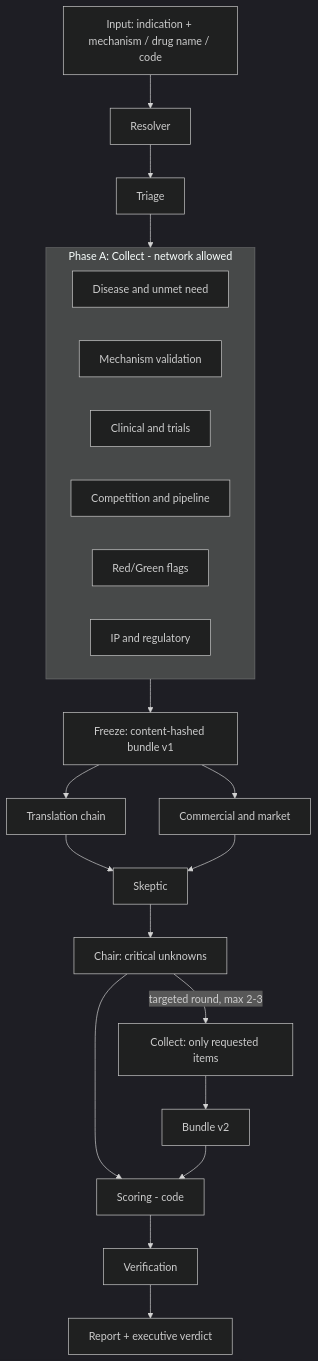
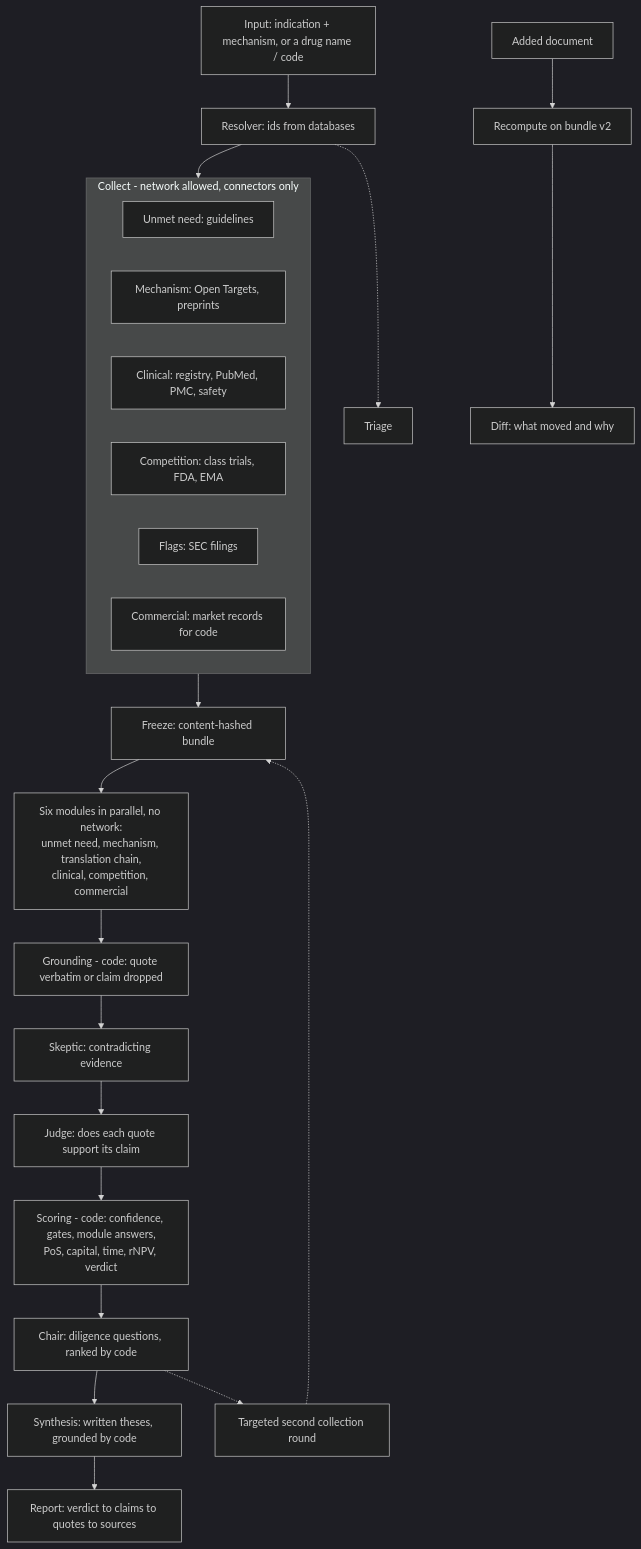
The diagram in docs/architecture.md (Dashulya-coder/BioVerdict), drawn with Mermaid (dark theme) before and after one commit. The commit also changed other lines of this file and 3 other files, not shown here.

Commit message:
docs: the deliverables of the brief mapped to the code, current cost per run, architecture as built (A11)

````diff
--- a/docs/architecture.md
+++ b/docs/architecture.md
@@ -21,26 +23,26 @@
 ```mermaid
 flowchart TD
-  IN[Input: indication + mechanism / drug name / code] --> RES[Resolver]
-  RES --> TRI[Triage]
-  TRI --> COL
-  subgraph COL[Phase A: Collect - network allowed]
+  IN[Input: indication + mechanism, or a drug name / code] --> RES[Resolver: ids from databases]
+  RES -.-> TRI[Triage]
+  RES --> COL
+  subgraph COL[Collect - network allowed, connectors only]
     direction LR
-    A1[Disease and unmet need]
-    A2[Mechanism validation]
-    A3[Clinical and trials]
-    A4[Competition and pipeline]
-    A5[Red/Green flags]
-    A6[IP and regulatory]
+    A1[Unmet need: guidelines]
+    A2[Mechanism: Open Targets, preprints]
+    A3[Clinical: registry, PubMed, PMC, safety]
+    A4[Competition: class trials, FDA, EMA]
+    A5[Flags: SEC filings]
+    A6[Commercial: market records for code]
   end
-  COL --> FRZ[Freeze: content-hashed bundle v1]
-  FRZ --> B1[Translation chain]
-  FRZ --> B2[Commercial and market]
-  B1 --> BB[Skeptic]
-  B2 --> BB
-  BB --> CH[Chair: critical unknowns]
-  CH -- targeted round, max 2-3 --> COL2[Collect: only requested items] --> FRZ2[Bundle v2]
-  CH --> SC[Scoring - code]
-  FRZ2 --> SC
-  SC --> VER[Verification]
-  VER --> REP[Report + executive verdict]
+  COL --> FRZ[Freeze: content-hashed bundle]
+  FRZ --> MOD[Six modules in parallel, no network:<br/>unmet need, mechanism, translation chain,<br/>clinical, competition, commercial]
+  MOD --> GR[Grounding - code: quote verbatim or claim dropped]
+  GR --> SK[Skeptic: contradicting evidence]
+  SK --> JU[Judge: does each quote support its claim]
+  JU --> SC[Scoring - code: confidence, gates, module answers,<br/>PoS, capital, time, rNPV, verdict]
+  SC --> CH[Chair: diligence questions, ranked by code]
+  CH --> SY[Synthesis: written theses, grounded by code]
+  SY --> REP[Report: verdict to claims to quotes to sources]
+  CH -.-> COL2[Targeted second collection round] -.-> FRZ
+  NEW[Added document] --> RC[Recompute on bundle v2] --> DIFF[Diff: what moved and why]
 ```
````
